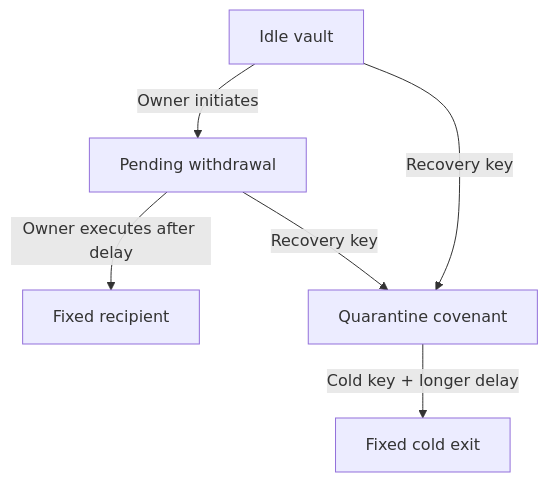
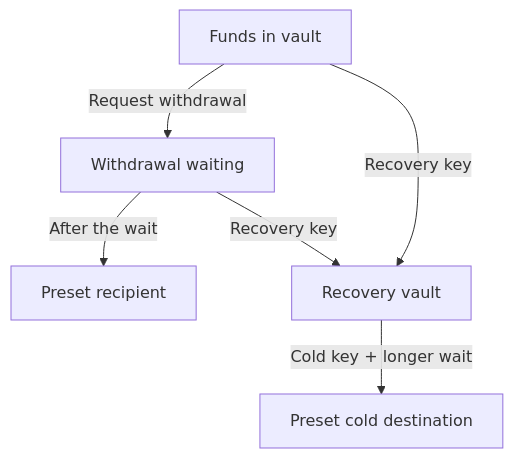
Before and after one commit to GEEKProtocol0110/icp-kaspa: the diagram in README.md, drawn with Mermaid. The commit also changed other lines of this file and 10 other files, not shown here.

````diff
--- a/README.md
+++ b/README.md
@@ -53,8 +42,8 @@
 ```mermaid
 flowchart TD
-    I["Idle vault"] -->|"Owner initiates"| P["Pending withdrawal"]
-    P -->|"Owner executes after delay"| R["Fixed recipient"]
-    I -->|"Recovery key"| Q["Quarantine covenant"]
-    P -->|"Recovery key"| Q
-    Q -->|"Cold key + longer delay"| C["Fixed cold exit"]
+    V["Funds in vault"] -->|"Request withdrawal"| W["Withdrawal waiting"]
+    W -->|"After the wait"| D["Preset recipient"]
+    V -->|"Recovery key"| R["Recovery vault"]
+    W -->|"Recovery key"| R
+    R -->|"Cold key + longer wait"| C["Preset cold destination"]
 ```
````
